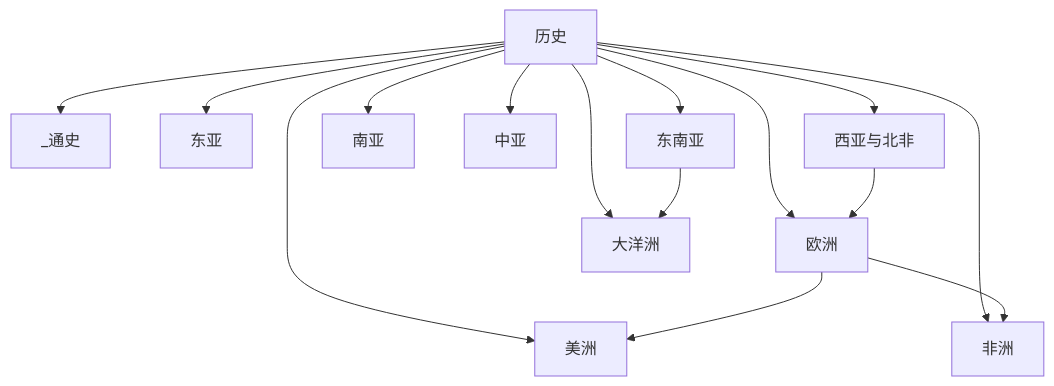
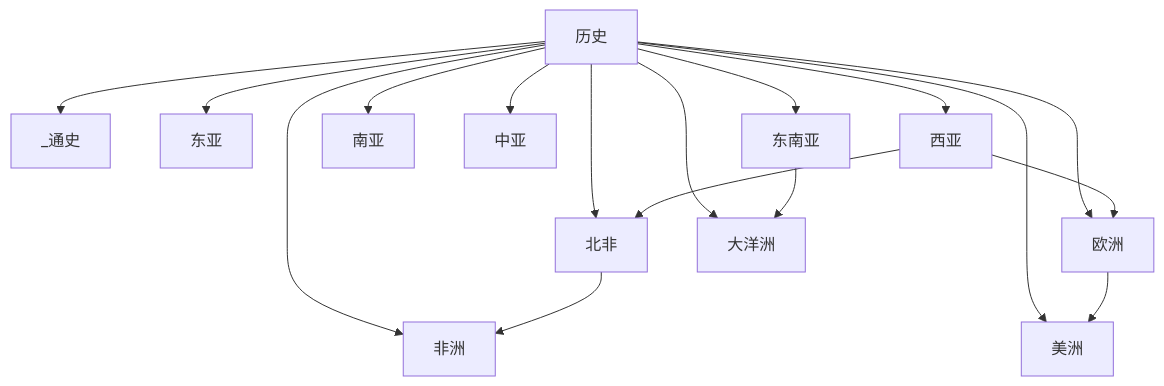
The diagram in 人文科学/历史/README.md (tianlan-dev/learning-notes), drawn with Mermaid before and after one commit. The commit also changed other lines of this file and 447 other files, not shown here.

````diff
--- a/人文科学/历史/README.md
+++ b/人文科学/历史/README.md
@@ -14,17 +15,20 @@
 ```mermaid
 flowchart TD
     World["历史"] --> General["_通史"]
     World --> EastAsia["东亚"]
     World --> SoutheastAsia["东南亚"]
     World --> SouthAsia["南亚"]
     World --> CentralAsia["中亚"]
-    World --> WestAsiaNorthAfrica["西亚与北非"]
+    World --> WestAsia["西亚"]
+    World --> NorthAfrica["北非"]
     World --> Europe["欧洲"]
     World --> Africa["非洲"]
     World --> Americas["美洲"]
     World --> Oceania["大洋洲"]
-    WestAsiaNorthAfrica --> Europe
+
+    WestAsia --> NorthAfrica
+    WestAsia --> Europe
+    NorthAfrica --> Africa
     Europe --> Americas
-    Europe --> Africa
     SoutheastAsia --> Oceania
 ```
````
